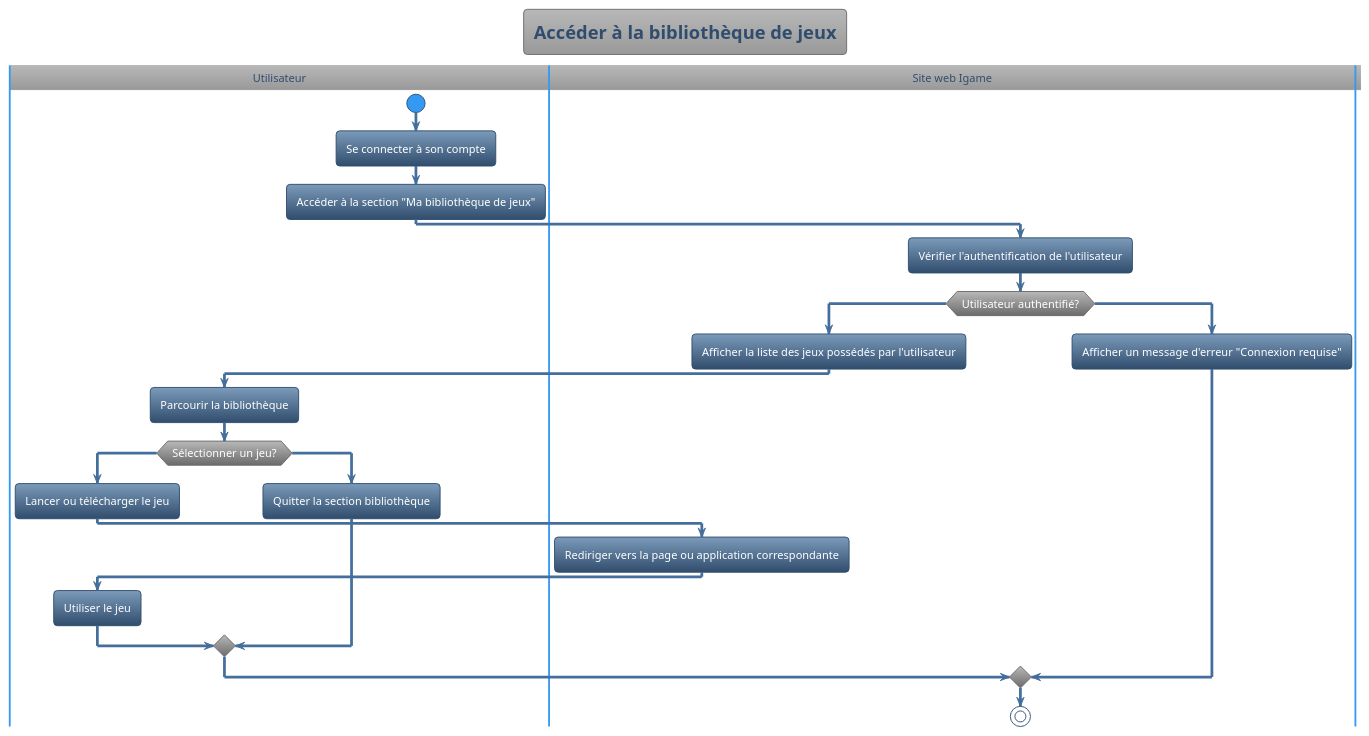
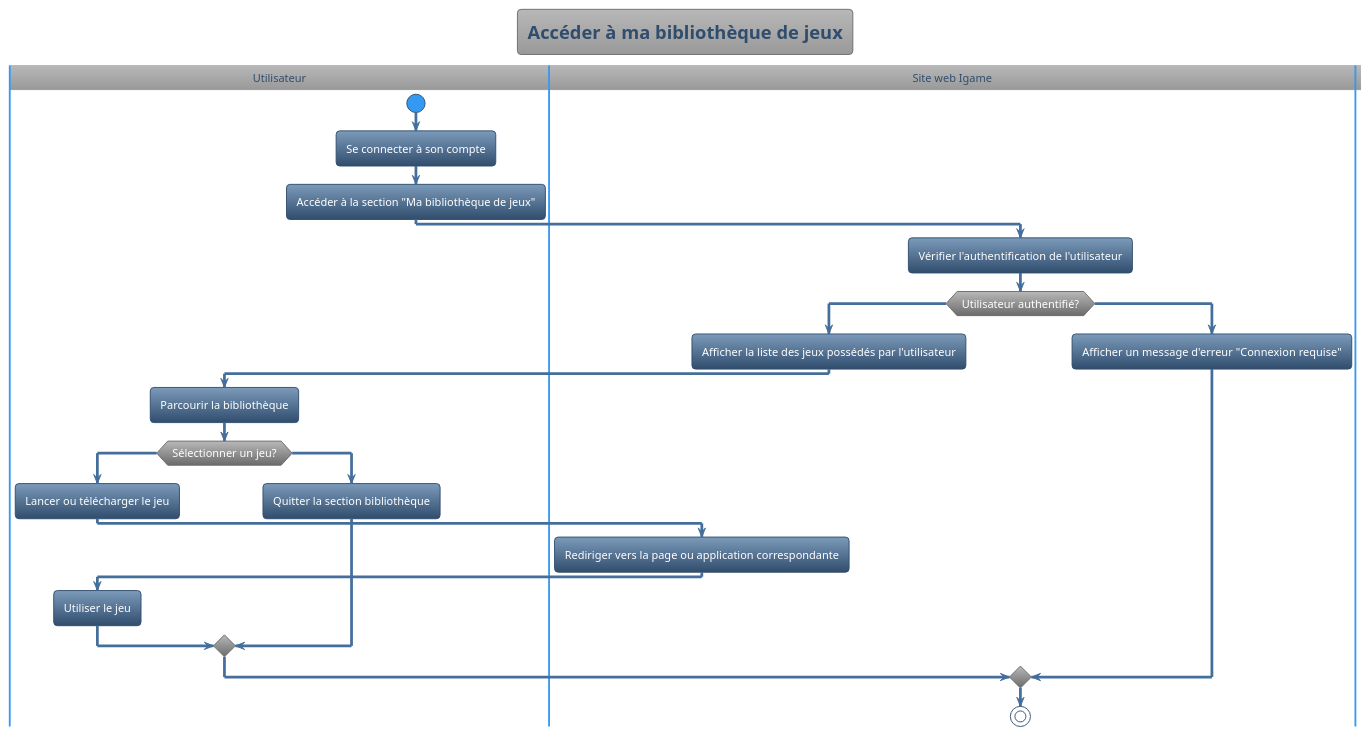
Before and after one commit to Jacob-Cossette/GTI510: the diagram in CU5_accederjeux.puml, drawn with PlantUML. The commit also changed 22 other files, not shown here.

```diff
--- a/CU5_accederjeux.puml
+++ b/CU5_accederjeux.puml
@@ -1,28 +1,28 @@
 @startuml
 !theme spacelab
-title Accéder à la bibliothèque de jeux
+title Accéder à ma bibliothèque de jeux
 |Utilisateur|
 start
 :Se connecter à son compte;
 :Accéder à la section "Ma bibliothèque de jeux";
 |Site web Igame|
 :Vérifier l'authentification de l'utilisateur;
 if (Utilisateur authentifié?) then (Oui)
   :Afficher la liste des jeux possédés par l'utilisateur;
   |Utilisateur|
   :Parcourir la bibliothèque;
   if (Sélectionner un jeu?) then (Oui)
     :Lancer ou télécharger le jeu;
     |Site web Igame|
     :Rediriger vers la page ou application correspondante;
     |Utilisateur|
     :Utiliser le jeu;
   else (Non)
     :Quitter la section bibliothèque;
   endif
 else (Non)
   |Site web Igame|
   :Afficher un message d'erreur "Connexion requise";
 endif
 stop
 @enduml
```
